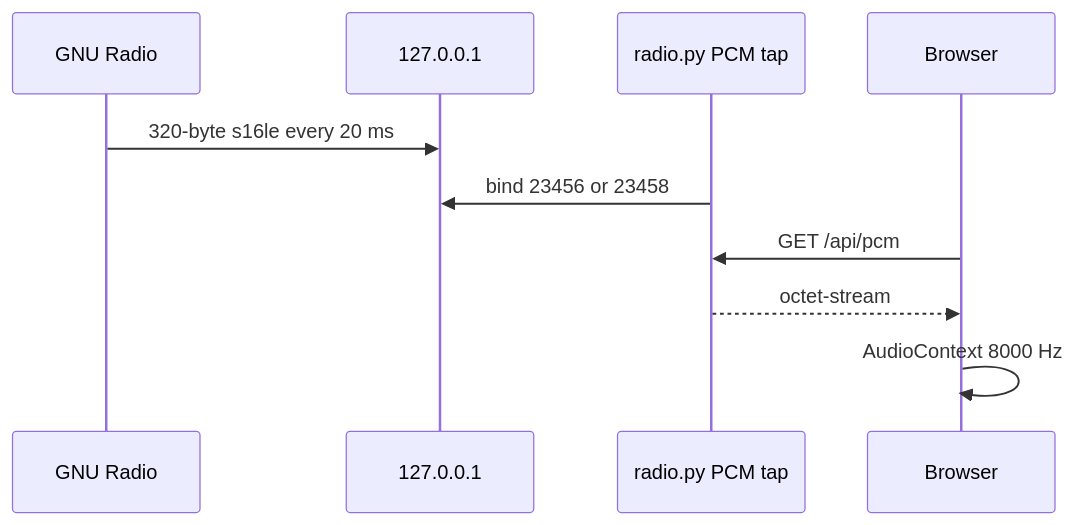
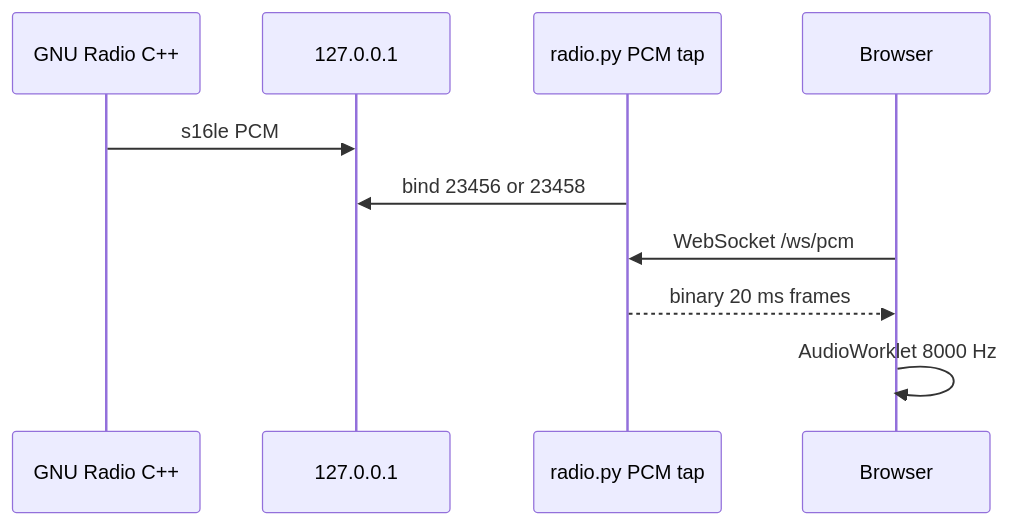
Before and after one commit to tmdrake/jim-p25: the seventh of 7 diagrams in GNU-RADIO.md, drawn with Mermaid. The commit also changed other lines of this file and 9 other files, not shown here.

````diff
--- a/GNU-RADIO.md
+++ b/GNU-RADIO.md
@@ -126,12 +155,12 @@
 ```mermaid
 sequenceDiagram
-    participant GR as GNU Radio
+    participant GR as GNU Radio C++
     participant UDP as 127.0.0.1
     participant Tap as radio.py PCM tap
     participant Page as Browser
-    GR->>UDP: 320-byte s16le every 20 ms
+    GR->>UDP: s16le PCM
     Tap->>UDP: bind 23456 or 23458
-    Page->>Tap: GET /api/pcm
-    Tap-->>Page: octet-stream
-    Page->>Page: AudioContext 8000 Hz
+    Page->>Tap: WebSocket /ws/pcm
+    Tap-->>Page: binary 20 ms frames
+    Page->>Page: AudioWorklet 8000 Hz
 ```
````
